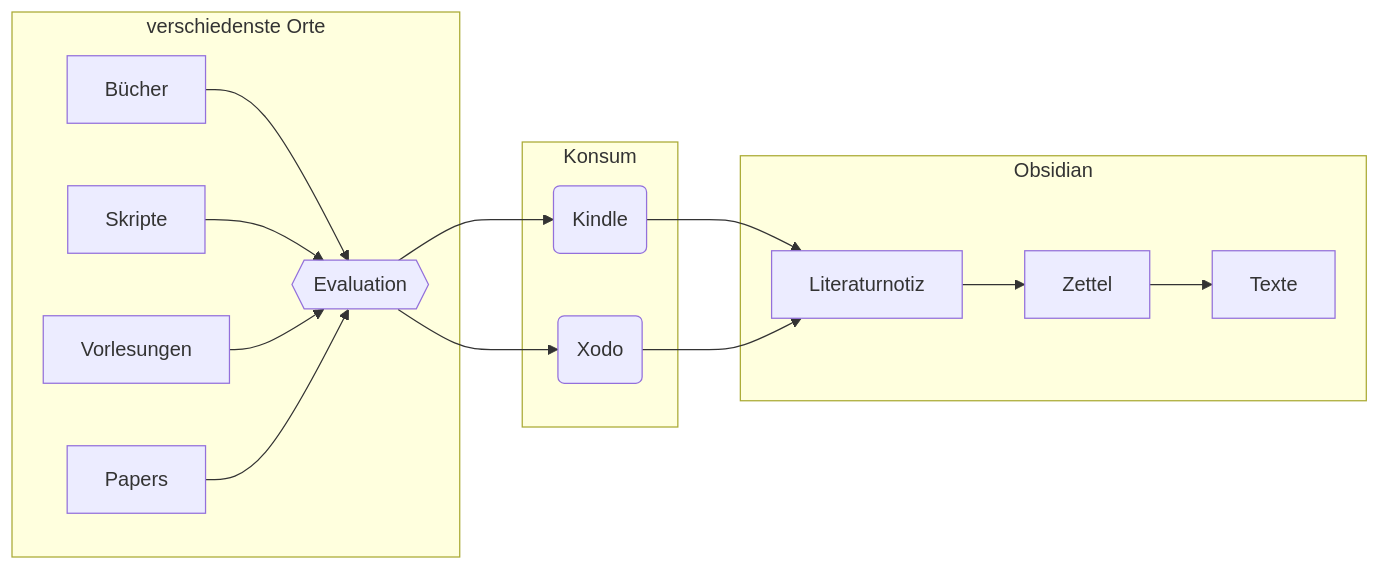
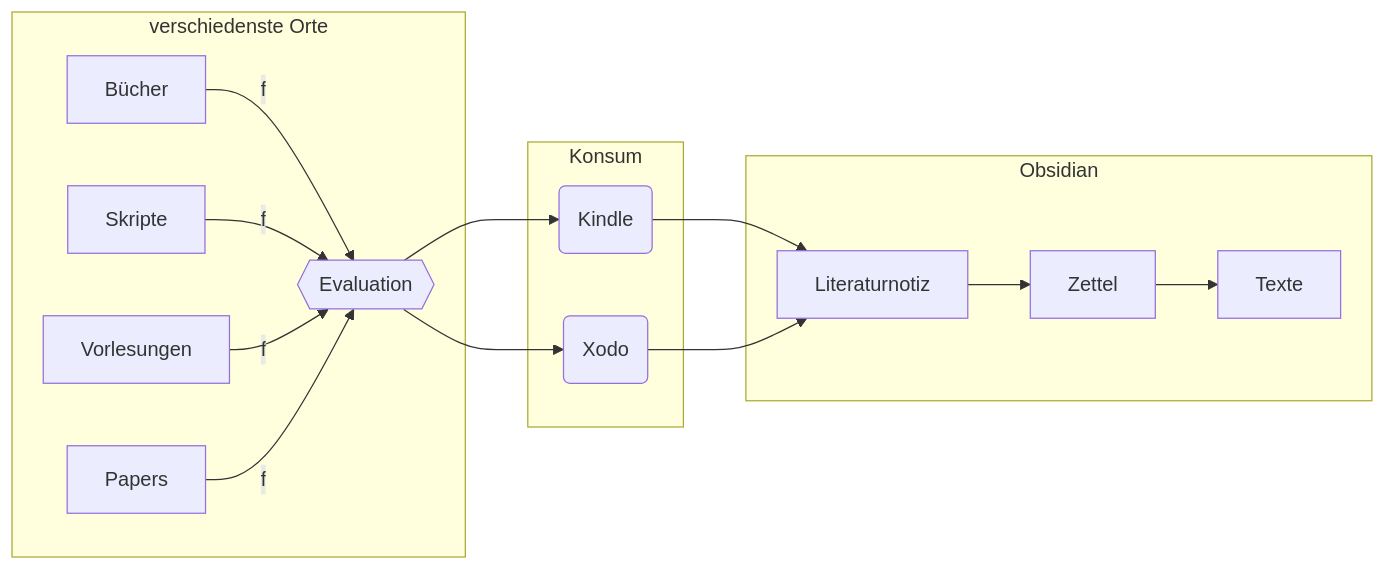
Before and after one commit to julianstoerig/zettelkasten: the diagram in System/Informationsverarbeitung.md, drawn with Mermaid. The commit also changed other lines of this file, not shown here.

Commit message:
automatic version-control: 2021-01-11 22:48:50

````diff
--- a/System/Informationsverarbeitung.md
+++ b/System/Informationsverarbeitung.md
@@ -1,33 +1,33 @@
 ```mermaid
 graph LR;
 
 B["Bücher"]
 S["Skripte"]
 V["Vorlesungen"]
 P["Papers"]
 
 E{{"Evaluation"}}
 K("Kindle")
 X("Xodo")
 
 L["Literaturnotiz"]
 Z["Zettel"]
 T["Texte"]
 
 subgraph verschiedenste Orte
-	B & S & V & P --> E
+	B & S & V & P -->|f| E
 end
 
 subgraph Konsum
 	E --> K
 	E--> X
 end
 
 subgraph Obsidian
 	K --> L
 	X --> L
 	
 	L --> Z
 	Z --> T
 end
 ```
````
